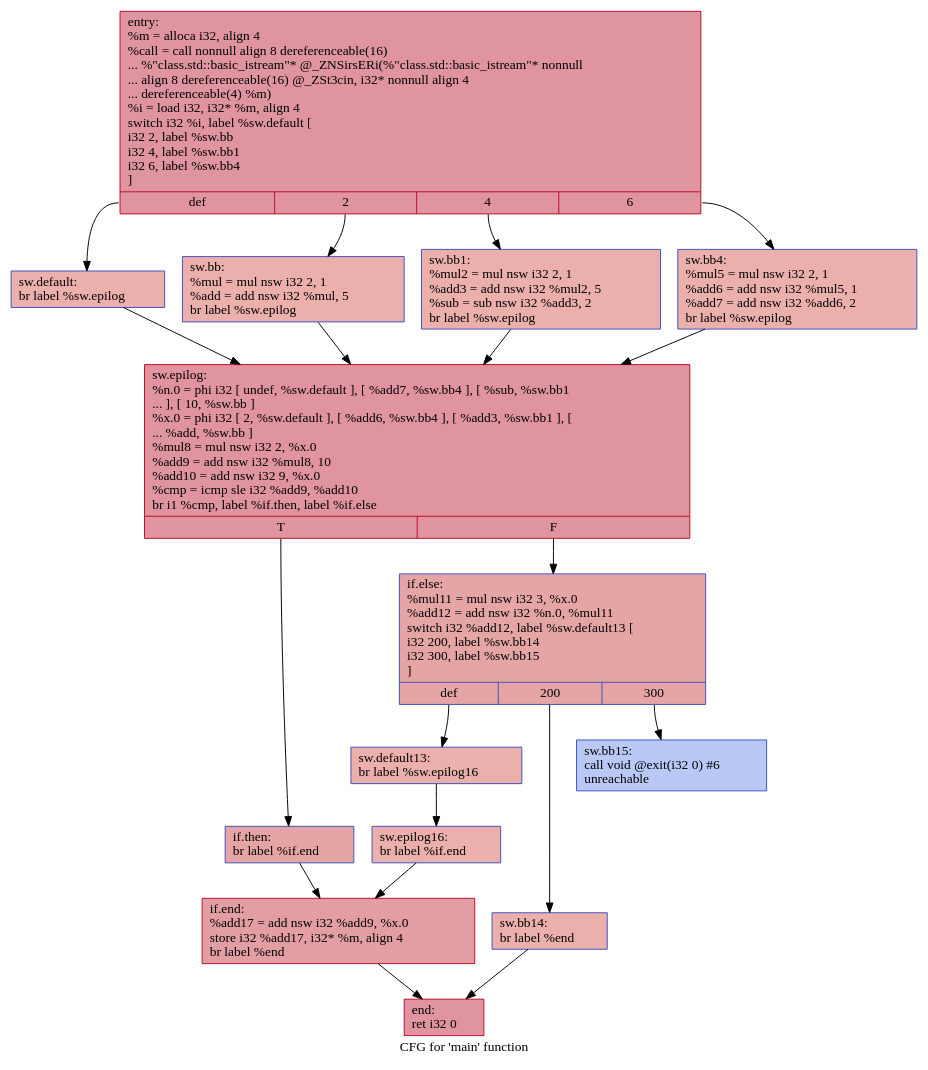
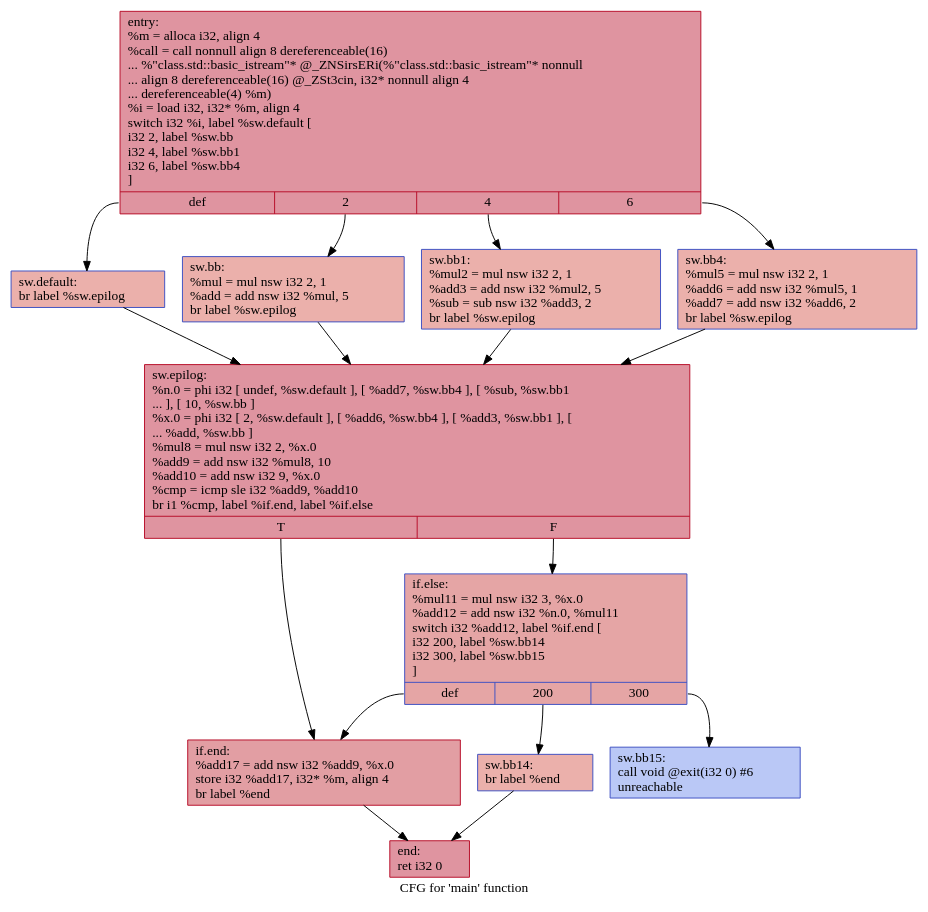
Before and after one commit to HPSSA-LLVM/HPSSA-LLVM: the diagram in IR/cfg/baseline.dot, drawn with Graphviz. The commit also changed 25 other files, not shown here.

```diff
--- a/IR/cfg/baseline.dot
+++ b/IR/cfg/baseline.dot
@@ -1,36 +1,30 @@
 digraph "CFG for 'main' function" {
 	label="CFG for 'main' function";
 
-	Node0x556f31ce1060 [shape=record,color="#b70d28ff", style=filled, fillcolor="#b70d2870",label="{entry:\l  %m = alloca i32, align 4\l  %call = call nonnull align 8 dereferenceable(16)\l... %\"class.std::basic_istream\"* @_ZNSirsERi(%\"class.std::basic_istream\"* nonnull\l... align 8 dereferenceable(16) @_ZSt3cin, i32* nonnull align 4\l... dereferenceable(4) %m)\l  %i = load i32, i32* %m, align 4\l  switch i32 %i, label %sw.default [\l    i32 2, label %sw.bb\l    i32 4, label %sw.bb1\l    i32 6, label %sw.bb4\l  ]\l|{<s0>def|<s1>2|<s2>4|<s3>6}}"];
-	Node0x556f31ce1060:s0 -> Node0x556f31ce14a0;
-	Node0x556f31ce1060:s1 -> Node0x556f31ce15b0;
-	Node0x556f31ce1060:s2 -> Node0x556f31ce16b0;
-	Node0x556f31ce1060:s3 -> Node0x556f31ce17b0;
-	Node0x556f31ce15b0 [shape=record,color="#3d50c3ff", style=filled, fillcolor="#d24b4070",label="{sw.bb:                                            \l  %mul = mul nsw i32 2, 1\l  %add = add nsw i32 %mul, 5\l  br label %sw.epilog\l}"];
-	Node0x556f31ce15b0 -> Node0x556f31ce1a60;
-	Node0x556f31ce16b0 [shape=record,color="#3d50c3ff", style=filled, fillcolor="#d24b4070",label="{sw.bb1:                                           \l  %mul2 = mul nsw i32 2, 1\l  %add3 = add nsw i32 %mul2, 5\l  %sub = sub nsw i32 %add3, 2\l  br label %sw.epilog\l}"];
-	Node0x556f31ce16b0 -> Node0x556f31ce1a60;
-	Node0x556f31ce17b0 [shape=record,color="#3d50c3ff", style=filled, fillcolor="#d24b4070",label="{sw.bb4:                                           \l  %mul5 = mul nsw i32 2, 1\l  %add6 = add nsw i32 %mul5, 1\l  %add7 = add nsw i32 %add6, 2\l  br label %sw.epilog\l}"];
-	Node0x556f31ce17b0 -> Node0x556f31ce1a60;
-	Node0x556f31ce14a0 [shape=record,color="#3d50c3ff", style=filled, fillcolor="#d24b4070",label="{sw.default:                                       \l  br label %sw.epilog\l}"];
-	Node0x556f31ce14a0 -> Node0x556f31ce1a60;
-	Node0x556f31ce1a60 [shape=record,color="#b70d28ff", style=filled, fillcolor="#b70d2870",label="{sw.epilog:                                        \l  %n.0 = phi i32 [ undef, %sw.default ], [ %add7, %sw.bb4 ], [ %sub, %sw.bb1\l... ], [ 10, %sw.bb ]\l  %x.0 = phi i32 [ 2, %sw.default ], [ %add6, %sw.bb4 ], [ %add3, %sw.bb1 ], [\l... %add, %sw.bb ]\l  %mul8 = mul nsw i32 2, %x.0\l  %add9 = add nsw i32 %mul8, 10\l  %add10 = add nsw i32 9, %x.0\l  %cmp = icmp sle i32 %add9, %add10\l  br i1 %cmp, label %if.then, label %if.else\l|{<s0>T|<s1>F}}"];
-	Node0x556f31ce1a60:s0 -> Node0x556f31ce2bf0;
-	Node0x556f31ce1a60:s1 -> Node0x556f31ce2c60;
-	Node0x556f31ce2bf0 [shape=record,color="#3d50c3ff", style=filled, fillcolor="#c5333470",label="{if.then:                                          \l  br label %if.end\l}"];
-	Node0x556f31ce2bf0 -> Node0x556f31ce30a0;
-	Node0x556f31ce2c60 [shape=record,color="#3d50c3ff", style=filled, fillcolor="#c5333470",label="{if.else:                                          \l  %mul11 = mul nsw i32 3, %x.0\l  %add12 = add nsw i32 %n.0, %mul11\l  switch i32 %add12, label %sw.default13 [\l    i32 200, label %sw.bb14\l    i32 300, label %sw.bb15\l  ]\l|{<s0>def|<s1>200|<s2>300}}"];
-	Node0x556f31ce2c60:s0 -> Node0x556f31ce3310;
-	Node0x556f31ce2c60:s1 -> Node0x556f31ce33c0;
-	Node0x556f31ce2c60:s2 -> Node0x556f31ce3460;
-	Node0x556f31ce3310 [shape=record,color="#3d50c3ff", style=filled, fillcolor="#d24b4070",label="{sw.default13:                                     \l  br label %sw.epilog16\l}"];
-	Node0x556f31ce3310 -> Node0x556f31ce35f0;
-	Node0x556f31ce33c0 [shape=record,color="#3d50c3ff", style=filled, fillcolor="#d24b4070",label="{sw.bb14:                                          \l  br label %end\l}"];
-	Node0x556f31ce33c0 -> Node0x556f31ce36e0;
-	Node0x556f31ce3460 [shape=record,color="#3d50c3ff", style=filled, fillcolor="#6282ea70",label="{sw.bb15:                                          \l  call void @exit(i32 0) #6\l  unreachable\l}"];
-	Node0x556f31ce35f0 [shape=record,color="#3d50c3ff", style=filled, fillcolor="#d24b4070",label="{sw.epilog16:                                      \l  br label %if.end\l}"];
-	Node0x556f31ce35f0 -> Node0x556f31ce30a0;
-	Node0x556f31ce30a0 [shape=record,color="#b70d28ff", style=filled, fillcolor="#be242e70",label="{if.end:                                           \l  %add17 = add nsw i32 %add9, %x.0\l  store i32 %add17, i32* %m, align 4\l  br label %end\l}"];
-	Node0x556f31ce30a0 -> Node0x556f31ce36e0;
-	Node0x556f31ce36e0 [shape=record,color="#b70d28ff", style=filled, fillcolor="#b70d2870",label="{end:                                              \l  ret i32 0\l}"];
+	Node0x562e784eb080 [shape=record,color="#b70d28ff", style=filled, fillcolor="#b70d2870",label="{entry:\l  %m = alloca i32, align 4\l  %call = call nonnull align 8 dereferenceable(16)\l... %\"class.std::basic_istream\"* @_ZNSirsERi(%\"class.std::basic_istream\"* nonnull\l... align 8 dereferenceable(16) @_ZSt3cin, i32* nonnull align 4\l... dereferenceable(4) %m)\l  %i = load i32, i32* %m, align 4\l  switch i32 %i, label %sw.default [\l    i32 2, label %sw.bb\l    i32 4, label %sw.bb1\l    i32 6, label %sw.bb4\l  ]\l|{<s0>def|<s1>2|<s2>4|<s3>6}}"];
+	Node0x562e784eb080:s0 -> Node0x562e784eb4c0;
+	Node0x562e784eb080:s1 -> Node0x562e784eb5d0;
+	Node0x562e784eb080:s2 -> Node0x562e784eb6d0;
+	Node0x562e784eb080:s3 -> Node0x562e784eb7d0;
+	Node0x562e784eb5d0 [shape=record,color="#3d50c3ff", style=filled, fillcolor="#d24b4070",label="{sw.bb:                                            \l  %mul = mul nsw i32 2, 1\l  %add = add nsw i32 %mul, 5\l  br label %sw.epilog\l}"];
+	Node0x562e784eb5d0 -> Node0x562e784eba80;
+	Node0x562e784eb6d0 [shape=record,color="#3d50c3ff", style=filled, fillcolor="#d24b4070",label="{sw.bb1:                                           \l  %mul2 = mul nsw i32 2, 1\l  %add3 = add nsw i32 %mul2, 5\l  %sub = sub nsw i32 %add3, 2\l  br label %sw.epilog\l}"];
+	Node0x562e784eb6d0 -> Node0x562e784eba80;
+	Node0x562e784eb7d0 [shape=record,color="#3d50c3ff", style=filled, fillcolor="#d24b4070",label="{sw.bb4:                                           \l  %mul5 = mul nsw i32 2, 1\l  %add6 = add nsw i32 %mul5, 1\l  %add7 = add nsw i32 %add6, 2\l  br label %sw.epilog\l}"];
+	Node0x562e784eb7d0 -> Node0x562e784eba80;
+	Node0x562e784eb4c0 [shape=record,color="#3d50c3ff", style=filled, fillcolor="#d24b4070",label="{sw.default:                                       \l  br label %sw.epilog\l}"];
+	Node0x562e784eb4c0 -> Node0x562e784eba80;
+	Node0x562e784eba80 [shape=record,color="#b70d28ff", style=filled, fillcolor="#b70d2870",label="{sw.epilog:                                        \l  %n.0 = phi i32 [ undef, %sw.default ], [ %add7, %sw.bb4 ], [ %sub, %sw.bb1\l... ], [ 10, %sw.bb ]\l  %x.0 = phi i32 [ 2, %sw.default ], [ %add6, %sw.bb4 ], [ %add3, %sw.bb1 ], [\l... %add, %sw.bb ]\l  %mul8 = mul nsw i32 2, %x.0\l  %add9 = add nsw i32 %mul8, 10\l  %add10 = add nsw i32 9, %x.0\l  %cmp = icmp sle i32 %add9, %add10\l  br i1 %cmp, label %if.end, label %if.else\l|{<s0>T|<s1>F}}"];
+	Node0x562e784eba80:s0 -> Node0x562e784ecc10;
+	Node0x562e784eba80:s1 -> Node0x562e784ecc80;
+	Node0x562e784ecc80 [shape=record,color="#3d50c3ff", style=filled, fillcolor="#c5333470",label="{if.else:                                          \l  %mul11 = mul nsw i32 3, %x.0\l  %add12 = add nsw i32 %n.0, %mul11\l  switch i32 %add12, label %if.end [\l    i32 200, label %sw.bb14\l    i32 300, label %sw.bb15\l  ]\l|{<s0>def|<s1>200|<s2>300}}"];
+	Node0x562e784ecc80:s0 -> Node0x562e784ecc10;
+	Node0x562e784ecc80:s1 -> Node0x562e784ed280;
+	Node0x562e784ecc80:s2 -> Node0x562e784ed320;
+	Node0x562e784ed280 [shape=record,color="#3d50c3ff", style=filled, fillcolor="#d24b4070",label="{sw.bb14:                                          \l  br label %end\l}"];
+	Node0x562e784ed280 -> Node0x562e784ed4b0;
+	Node0x562e784ed320 [shape=record,color="#3d50c3ff", style=filled, fillcolor="#6282ea70",label="{sw.bb15:                                          \l  call void @exit(i32 0) #6\l  unreachable\l}"];
+	Node0x562e784ecc10 [shape=record,color="#b70d28ff", style=filled, fillcolor="#be242e70",label="{if.end:                                           \l  %add17 = add nsw i32 %add9, %x.0\l  store i32 %add17, i32* %m, align 4\l  br label %end\l}"];
+	Node0x562e784ecc10 -> Node0x562e784ed4b0;
+	Node0x562e784ed4b0 [shape=record,color="#b70d28ff", style=filled, fillcolor="#b70d2870",label="{end:                                              \l  ret i32 0\l}"];
 }
```
